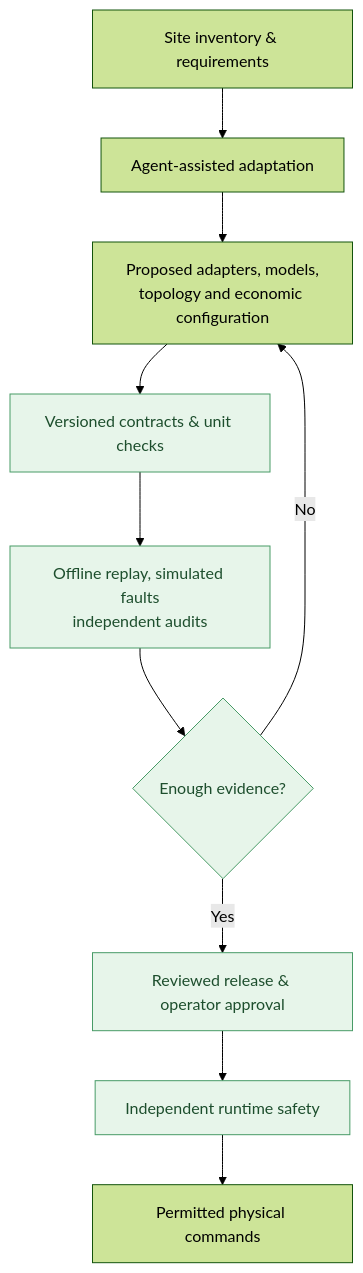
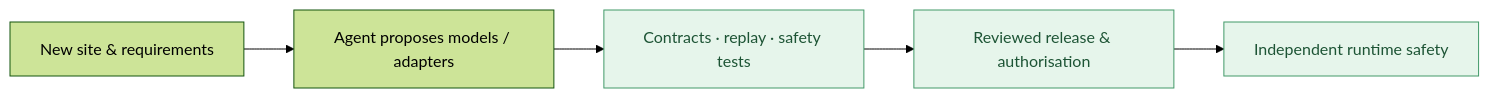
One commit to hugoenglund-wq/BEMS-public-preview changed the fourth of 4 diagrams in docs/architecture.md. Above: the diagram before and after it, drawn with Mermaid (forest theme). The commit also changed other lines of this file, not shown here.

Commit message:
Condense architecture and expand economic forecast-loss discussion

````diff
--- a/docs/architecture.md
+++ b/docs/architecture.md
@@ -282,14 +128,9 @@
 ```mermaid
-flowchart TB
-    User["Site inventory & requirements"] --> Agent["Agent-assisted adaptation"]
-    Agent --> Draft["Proposed adapters, models,<br/>topology and economic configuration"]
-    Draft --> Contracts["Versioned contracts & unit checks"]
-    Contracts --> Evidence["Offline replay, simulated faults<br/>independent audits"]
-    Evidence --> Gate{"Enough evidence?"}
-    Gate -->|"No"| Draft
-    Gate -->|"Yes"| Review["Reviewed release & operator approval"]
-    Review --> Safety["Independent runtime safety"]
-    Safety --> Device["Permitted physical commands"]
-    classDef check fill:#e7f5ea,stroke:#489b67,color:#1d4e2d
-    class Contracts,Evidence,Gate,Review,Safety check
+flowchart LR
+    Site["New site & requirements"] --> Agent["Agent proposes models / adapters"]
+    Agent --> Verify["Contracts · replay · safety tests"]
+    Verify --> Approval["Reviewed release & authorisation"]
+    Approval --> Runtime["Independent runtime safety"]
+    classDef gate fill:#e6f5eb,stroke:#429969,color:#1d5435
+    class Verify,Approval,Runtime gate
 ```
````
